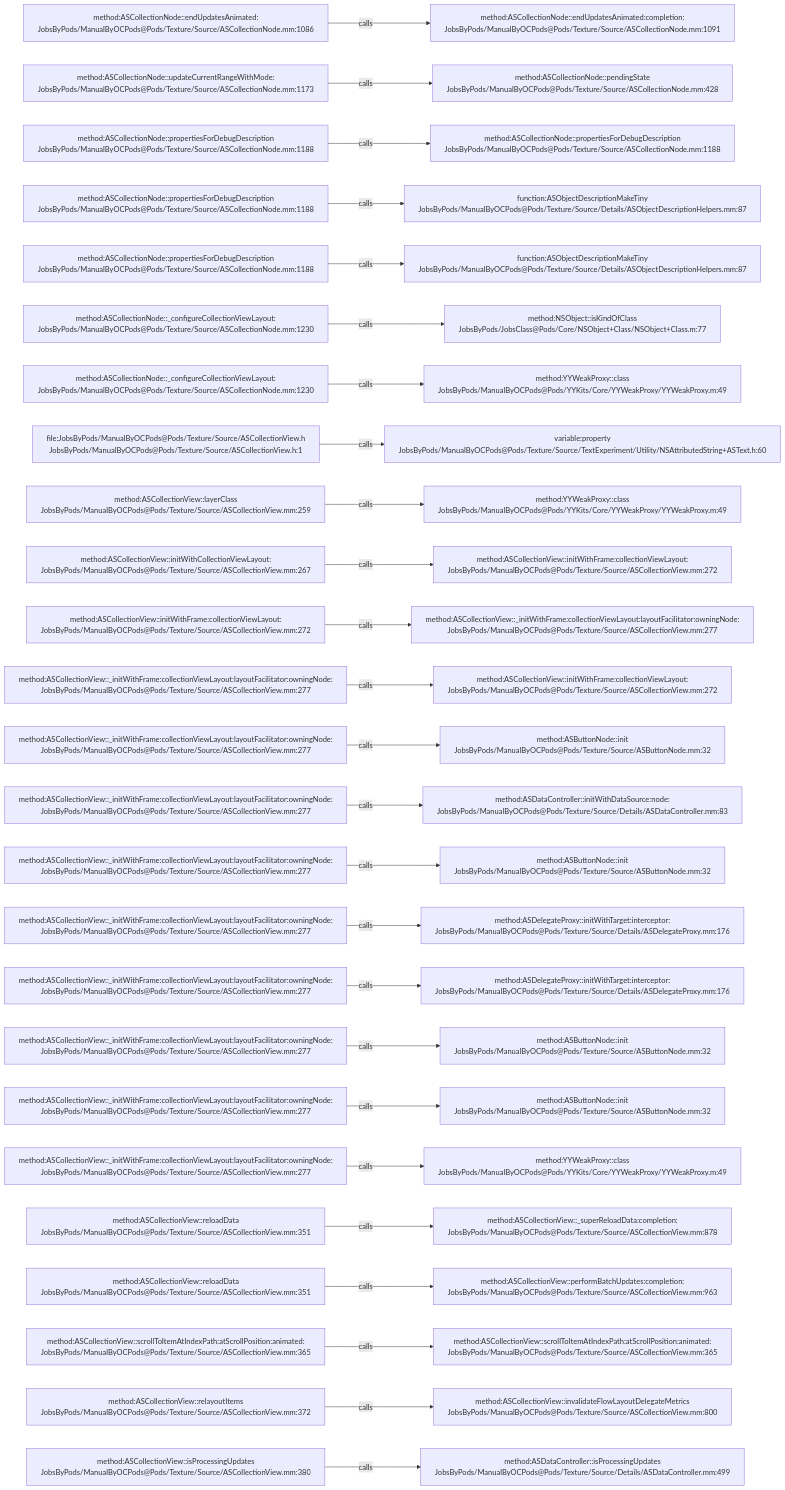
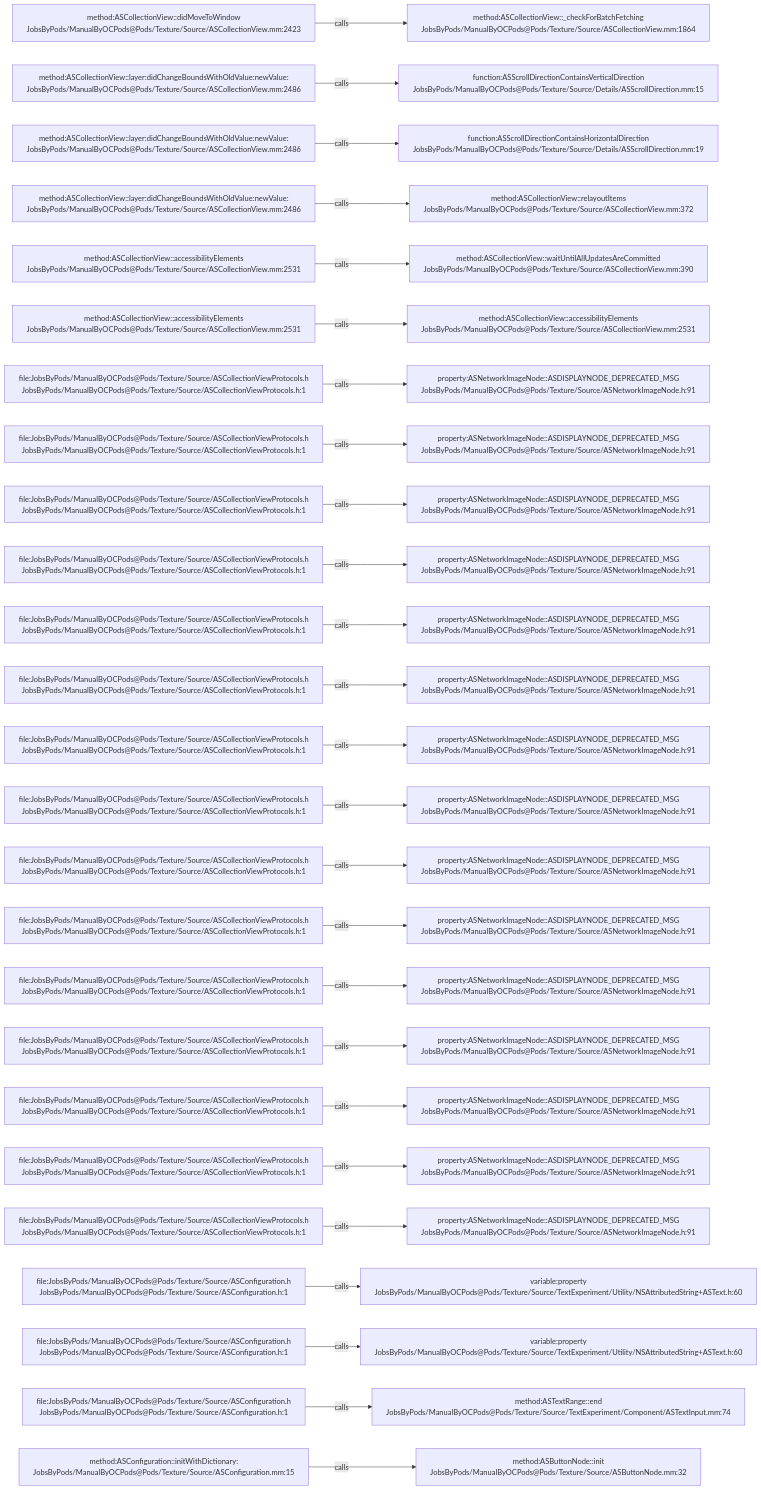
Before and after one commit to JobsKits/JobsOCBaseConfigDemo: the diagram in .codegraph/codegraph.md/graphs/calls-077.md, drawn with Mermaid. The commit also changed 1448 other files, not shown here.

````diff
--- a/.codegraph/codegraph.md/graphs/calls-077.md
+++ b/.codegraph/codegraph.md/graphs/calls-077.md
@@ -13,78 +13,78 @@
 ```mermaid
 flowchart LR
-  S1["method:ASCollectionNode::endUpdatesAnimated:<br/>JobsByPods/ManualByOCPods@Pods/Texture/Source/ASCollectionNode.mm:1086"]
-  T1["method:ASCollectionNode::endUpdatesAnimated:completion:<br/>JobsByPods/ManualByOCPods@Pods/Texture/Source/ASCollectionNode.mm:1091"]
+  S1["method:ASCollectionView::didMoveToWindow<br/>JobsByPods/ManualByOCPods@Pods/Texture/Source/ASCollectionView.mm:2423"]
+  T1["method:ASCollectionView::_checkForBatchFetching<br/>JobsByPods/ManualByOCPods@Pods/Texture/Source/ASCollectionView.mm:1864"]
   S1 -->|calls| T1
-  S2["method:ASCollectionNode::updateCurrentRangeWithMode:<br/>JobsByPods/ManualByOCPods@Pods/Texture/Source/ASCollectionNode.mm:1173"]
-  T2["method:ASCollectionNode::pendingState<br/>JobsByPods/ManualByOCPods@Pods/Texture/Source/ASCollectionNode.mm:428"]
+  S2["method:ASCollectionView::layer:didChangeBoundsWithOldValue:newValue:<br/>JobsByPods/ManualByOCPods@Pods/Texture/Source/ASCollectionView.mm:2486"]
+  T2["function:ASScrollDirectionContainsVerticalDirection<br/>JobsByPods/ManualByOCPods@Pods/Texture/Source/Details/ASScrollDirection.mm:15"]
   S2 -->|calls| T2
-  S3["method:ASCollectionNode::propertiesForDebugDescription<br/>JobsByPods/ManualByOCPods@Pods/Texture/Source/ASCollectionNode.mm:1188"]
-  T3["method:ASCollectionNode::propertiesForDebugDescription<br/>JobsByPods/ManualByOCPods@Pods/Texture/Source/ASCollectionNode.mm:1188"]
+  S3["method:ASCollectionView::layer:didChangeBoundsWithOldValue:newValue:<br/>JobsByPods/ManualByOCPods@Pods/Texture/Source/ASCollectionView.mm:2486"]
+  T3["function:ASScrollDirectionContainsHorizontalDirection<br/>JobsByPods/ManualByOCPods@Pods/Texture/Source/Details/ASScrollDirection.mm:19"]
   S3 -->|calls| T3
-  S4["method:ASCollectionNode::propertiesForDebugDescription<br/>JobsByPods/ManualByOCPods@Pods/Texture/Source/ASCollectionNode.mm:1188"]
-  T4["function:ASObjectDescriptionMakeTiny<br/>JobsByPods/ManualByOCPods@Pods/Texture/Source/Details/ASObjectDescriptionHelpers.mm:87"]
+  S4["method:ASCollectionView::layer:didChangeBoundsWithOldValue:newValue:<br/>JobsByPods/ManualByOCPods@Pods/Texture/Source/ASCollectionView.mm:2486"]
+  T4["method:ASCollectionView::relayoutItems<br/>JobsByPods/ManualByOCPods@Pods/Texture/Source/ASCollectionView.mm:372"]
   S4 -->|calls| T4
-  S5["method:ASCollectionNode::propertiesForDebugDescription<br/>JobsByPods/ManualByOCPods@Pods/Texture/Source/ASCollectionNode.mm:1188"]
-  T5["function:ASObjectDescriptionMakeTiny<br/>JobsByPods/ManualByOCPods@Pods/Texture/Source/Details/ASObjectDescriptionHelpers.mm:87"]
+  S5["method:ASCollectionView::accessibilityElements<br/>JobsByPods/ManualByOCPods@Pods/Texture/Source/ASCollectionView.mm:2531"]
+  T5["method:ASCollectionView::waitUntilAllUpdatesAreCommitted<br/>JobsByPods/ManualByOCPods@Pods/Texture/Source/ASCollectionView.mm:390"]
   S5 -->|calls| T5
-  S6["method:ASCollectionNode::_configureCollectionViewLayout:<br/>JobsByPods/ManualByOCPods@Pods/Texture/Source/ASCollectionNode.mm:1230"]
-  T6["method:NSObject::isKindOfClass<br/>JobsByPods/JobsClass@Pods/Core/NSObject+Class/NSObject+Class.m:77"]
+  S6["method:ASCollectionView::accessibilityElements<br/>JobsByPods/ManualByOCPods@Pods/Texture/Source/ASCollectionView.mm:2531"]
+  T6["method:ASCollectionView::accessibilityElements<br/>JobsByPods/ManualByOCPods@Pods/Texture/Source/ASCollectionView.mm:2531"]
   S6 -->|calls| T6
-  S7["method:ASCollectionNode::_configureCollectionViewLayout:<br/>JobsByPods/ManualByOCPods@Pods/Texture/Source/ASCollectionNode.mm:1230"]
-  T7["method:YYWeakProxy::class<br/>JobsByPods/ManualByOCPods@Pods/YYKits/Core/YYWeakProxy/YYWeakProxy.m:49"]
+  S7["file:JobsByPods/ManualByOCPods@Pods/Texture/Source/ASCollectionViewProtocols.h<br/>JobsByPods/ManualByOCPods@Pods/Texture/Source/ASCollectionViewProtocols.h:1"]
+  T7["property:ASNetworkImageNode::ASDISPLAYNODE_DEPRECATED_MSG<br/>JobsByPods/ManualByOCPods@Pods/Texture/Source/ASNetworkImageNode.h:91"]
   S7 -->|calls| T7
-  S8["file:JobsByPods/ManualByOCPods@Pods/Texture/Source/ASCollectionView.h<br/>JobsByPods/ManualByOCPods@Pods/Texture/Source/ASCollectionView.h:1"]
-  T8["variable:property<br/>JobsByPods/ManualByOCPods@Pods/Texture/Source/TextExperiment/Utility/NSAttributedString+ASText.h:60"]
+  S8["file:JobsByPods/ManualByOCPods@Pods/Texture/Source/ASCollectionViewProtocols.h<br/>JobsByPods/ManualByOCPods@Pods/Texture/Source/ASCollectionViewProtocols.h:1"]
+  T8["property:ASNetworkImageNode::ASDISPLAYNODE_DEPRECATED_MSG<br/>JobsByPods/ManualByOCPods@Pods/Texture/Source/ASNetworkImageNode.h:91"]
   S8 -->|calls| T8
-  S9["method:ASCollectionView::layerClass<br/>JobsByPods/ManualByOCPods@Pods/Texture/Source/ASCollectionView.mm:259"]
-  T9["method:YYWeakProxy::class<br/>JobsByPods/ManualByOCPods@Pods/YYKits/Core/YYWeakProxy/YYWeakProxy.m:49"]
+  S9["file:JobsByPods/ManualByOCPods@Pods/Texture/Source/ASCollectionViewProtocols.h<br/>JobsByPods/ManualByOCPods@Pods/Texture/Source/ASCollectionViewProtocols.h:1"]
+  T9["property:ASNetworkImageNode::ASDISPLAYNODE_DEPRECATED_MSG<br/>JobsByPods/ManualByOCPods@Pods/Texture/Source/ASNetworkImageNode.h:91"]
   S9 -->|calls| T9
-  S10["method:ASCollectionView::initWithCollectionViewLayout:<br/>JobsByPods/ManualByOCPods@Pods/Texture/Source/ASCollectionView.mm:267"]
-  T10["method:ASCollectionView::initWithFrame:collectionViewLayout:<br/>JobsByPods/ManualByOCPods@Pods/Texture/Source/ASCollectionView.mm:272"]
+  S10["file:JobsByPods/ManualByOCPods@Pods/Texture/Source/ASCollectionViewProtocols.h<br/>JobsByPods/ManualByOCPods@Pods/Texture/Source/ASCollectionViewProtocols.h:1"]
+  T10["property:ASNetworkImageNode::ASDISPLAYNODE_DEPRECATED_MSG<br/>JobsByPods/ManualByOCPods@Pods/Texture/Source/ASNetworkImageNode.h:91"]
   S10 -->|calls| T10
-  S11["method:ASCollectionView::initWithFrame:collectionViewLayout:<br/>JobsByPods/ManualByOCPods@Pods/Texture/Source/ASCollectionView.mm:272"]
-  T11["method:ASCollectionView::_initWithFrame:collectionViewLayout:layoutFacilitator:owningNode:<br/>JobsByPods/ManualByOCPods@Pods/Texture/Source/ASCollectionView.mm:277"]
+  S11["file:JobsByPods/ManualByOCPods@Pods/Texture/Source/ASCollectionViewProtocols.h<br/>JobsByPods/ManualByOCPods@Pods/Texture/Source/ASCollectionViewProtocols.h:1"]
+  T11["property:ASNetworkImageNode::ASDISPLAYNODE_DEPRECATED_MSG<br/>JobsByPods/ManualByOCPods@Pods/Texture/Source/ASNetworkImageNode.h:91"]
   S11 -->|calls| T11
-  S12["method:ASCollectionView::_initWithFrame:collectionViewLayout:layoutFacilitator:owningNode:<br/>JobsByPods/ManualByOCPods@Pods/Texture/Source/ASCollectionView.mm:277"]
-  T12["method:ASCollectionView::initWithFrame:collectionViewLayout:<br/>JobsByPods/ManualByOCPods@Pods/Texture/Source/ASCollectionView.mm:272"]
+  S12["file:JobsByPods/ManualByOCPods@Pods/Texture/Source/ASCollectionViewProtocols.h<br/>JobsByPods/ManualByOCPods@Pods/Texture/Source/ASCollectionViewProtocols.h:1"]
+  T12["property:ASNetworkImageNode::ASDISPLAYNODE_DEPRECATED_MSG<br/>JobsByPods/ManualByOCPods@Pods/Texture/Source/ASNetworkImageNode.h:91"]
   S12 -->|calls| T12
-  S13["method:ASCollectionView::_initWithFrame:collectionViewLayout:layoutFacilitator:owningNode:<br/>JobsByPods/ManualByOCPods@Pods/Texture/Source/ASCollectionView.mm:277"]
-  T13["method:ASButtonNode::init<br/>JobsByPods/ManualByOCPods@Pods/Texture/Source/ASButtonNode.mm:32"]
+  S13["file:JobsByPods/ManualByOCPods@Pods/Texture/Source/ASCollectionViewProtocols.h<br/>JobsByPods/ManualByOCPods@Pods/Texture/Source/ASCollectionViewProtocols.h:1"]
+  T13["property:ASNetworkImageNode::ASDISPLAYNODE_DEPRECATED_MSG<br/>JobsByPods/ManualByOCPods@Pods/Texture/Source/ASNetworkImageNode.h:91"]
   S13 -->|calls| T13
-  S14["method:ASCollectionView::_initWithFrame:collectionViewLayout:layoutFacilitator:owningNode:<br/>JobsByPods/ManualByOCPods@Pods/Texture/Source/ASCollectionView.mm:277"]
-  T14["method:ASDataController::initWithDataSource:node:<br/>JobsByPods/ManualByOCPods@Pods/Texture/Source/Details/ASDataController.mm:83"]
+  S14["file:JobsByPods/ManualByOCPods@Pods/Texture/Source/ASCollectionViewProtocols.h<br/>JobsByPods/ManualByOCPods@Pods/Texture/Source/ASCollectionViewProtocols.h:1"]
+  T14["property:ASNetworkImageNode::ASDISPLAYNODE_DEPRECATED_MSG<br/>JobsByPods/ManualByOCPods@Pods/Texture/Source/ASNetworkImageNode.h:91"]
   S14 -->|calls| T14
-  S15["method:ASCollectionView::_initWithFrame:collectionViewLayout:layoutFacilitator:owningNode:<br/>JobsByPods/ManualByOCPods@Pods/Texture/Source/ASCollectionView.mm:277"]
-  T15["method:ASButtonNode::init<br/>JobsByPods/ManualByOCPods@Pods/Texture/Source/ASButtonNode.mm:32"]
+  S15["file:JobsByPods/ManualByOCPods@Pods/Texture/Source/ASCollectionViewProtocols.h<br/>JobsByPods/ManualByOCPods@Pods/Texture/Source/ASCollectionViewProtocols.h:1"]
+  T15["property:ASNetworkImageNode::ASDISPLAYNODE_DEPRECATED_MSG<br/>JobsByPods/ManualByOCPods@Pods/Texture/Source/ASNetworkImageNode.h:91"]
   S15 -->|calls| T15
-  S16["method:ASCollectionView::_initWithFrame:collectionViewLayout:layoutFacilitator:owningNode:<br/>JobsByPods/ManualByOCPods@Pods/Texture/Source/ASCollectionView.mm:277"]
-  T16["method:ASDelegateProxy::initWithTarget:interceptor:<br/>JobsByPods/ManualByOCPods@Pods/Texture/Source/Details/ASDelegateProxy.mm:176"]
+  S16["file:JobsByPods/ManualByOCPods@Pods/Texture/Source/ASCollectionViewProtocols.h<br/>JobsByPods/ManualByOCPods@Pods/Texture/Source/ASCollectionViewProtocols.h:1"]
+  T16["property:ASNetworkImageNode::ASDISPLAYNODE_DEPRECATED_MSG<br/>JobsByPods/ManualByOCPods@Pods/Texture/Source/ASNetworkImageNode.h:91"]
   S16 -->|calls| T16
-  S17["method:ASCollectionView::_initWithFrame:collectionViewLayout:layoutFacilitator:owningNode:<br/>JobsByPods/ManualByOCPods@Pods/Texture/Source/ASCollectionView.mm:277"]
-  T17["method:ASDelegateProxy::initWithTarget:interceptor:<br/>JobsByPods/ManualByOCPods@Pods/Texture/Source/Details/ASDelegateProxy.mm:176"]
+  S17["file:JobsByPods/ManualByOCPods@Pods/Texture/Source/ASCollectionViewProtocols.h<br/>JobsByPods/ManualByOCPods@Pods/Texture/Source/ASCollectionViewProtocols.h:1"]
+  T17["property:ASNetworkImageNode::ASDISPLAYNODE_DEPRECATED_MSG<br/>JobsByPods/ManualByOCPods@Pods/Texture/Source/ASNetworkImageNode.h:91"]
   S17 -->|calls| T17
-  S18["method:ASCollectionView::_initWithFrame:collectionViewLayout:layoutFacilitator:owningNode:<br/>JobsByPods/ManualByOCPods@Pods/Texture/Source/ASCollectionView.mm:277"]
-  T18["method:ASButtonNode::init<br/>JobsByPods/ManualByOCPods@Pods/Texture/Source/ASButtonNode.mm:32"]
+  S18["file:JobsByPods/ManualByOCPods@Pods/Texture/Source/ASCollectionViewProtocols.h<br/>JobsByPods/ManualByOCPods@Pods/Texture/Source/ASCollectionViewProtocols.h:1"]
+  T18["property:ASNetworkImageNode::ASDISPLAYNODE_DEPRECATED_MSG<br/>JobsByPods/ManualByOCPods@Pods/Texture/Source/ASNetworkImageNode.h:91"]
   S18 -->|calls| T18
-  S19["method:ASCollectionView::_initWithFrame:collectionViewLayout:layoutFacilitator:owningNode:<br/>JobsByPods/ManualByOCPods@Pods/Texture/Source/ASCollectionView.mm:277"]
-  T19["method:ASButtonNode::init<br/>JobsByPods/ManualByOCPods@Pods/Texture/Source/ASButtonNode.mm:32"]
+  S19["file:JobsByPods/ManualByOCPods@Pods/Texture/Source/ASCollectionViewProtocols.h<br/>JobsByPods/ManualByOCPods@Pods/Texture/Source/ASCollectionViewProtocols.h:1"]
+  T19["property:ASNetworkImageNode::ASDISPLAYNODE_DEPRECATED_MSG<br/>JobsByPods/ManualByOCPods@Pods/Texture/Source/ASNetworkImageNode.h:91"]
   S19 -->|calls| T19
-  S20["method:ASCollectionView::_initWithFrame:collectionViewLayout:layoutFacilitator:owningNode:<br/>JobsByPods/ManualByOCPods@Pods/Texture/Source/ASCollectionView.mm:277"]
-  T20["method:YYWeakProxy::class<br/>JobsByPods/ManualByOCPods@Pods/YYKits/Core/YYWeakProxy/YYWeakProxy.m:49"]
+  S20["file:JobsByPods/ManualByOCPods@Pods/Texture/Source/ASCollectionViewProtocols.h<br/>JobsByPods/ManualByOCPods@Pods/Texture/Source/ASCollectionViewProtocols.h:1"]
+  T20["property:ASNetworkImageNode::ASDISPLAYNODE_DEPRECATED_MSG<br/>JobsByPods/ManualByOCPods@Pods/Texture/Source/ASNetworkImageNode.h:91"]
   S20 -->|calls| T20
-  S21["method:ASCollectionView::reloadData<br/>JobsByPods/ManualByOCPods@Pods/Texture/Source/ASCollectionView.mm:351"]
-  T21["method:ASCollectionView::_superReloadData:completion:<br/>JobsByPods/ManualByOCPods@Pods/Texture/Source/ASCollectionView.mm:878"]
+  S21["file:JobsByPods/ManualByOCPods@Pods/Texture/Source/ASCollectionViewProtocols.h<br/>JobsByPods/ManualByOCPods@Pods/Texture/Source/ASCollectionViewProtocols.h:1"]
+  T21["property:ASNetworkImageNode::ASDISPLAYNODE_DEPRECATED_MSG<br/>JobsByPods/ManualByOCPods@Pods/Texture/Source/ASNetworkImageNode.h:91"]
   S21 -->|calls| T21
-  S22["method:ASCollectionView::reloadData<br/>JobsByPods/ManualByOCPods@Pods/Texture/Source/ASCollectionView.mm:351"]
-  T22["method:ASCollectionView::performBatchUpdates:completion:<br/>JobsByPods/ManualByOCPods@Pods/Texture/Source/ASCollectionView.mm:963"]
+  S22["file:JobsByPods/ManualByOCPods@Pods/Texture/Source/ASConfiguration.h<br/>JobsByPods/ManualByOCPods@Pods/Texture/Source/ASConfiguration.h:1"]
+  T22["variable:property<br/>JobsByPods/ManualByOCPods@Pods/Texture/Source/TextExperiment/Utility/NSAttributedString+ASText.h:60"]
   S22 -->|calls| T22
-  S23["method:ASCollectionView::scrollToItemAtIndexPath:atScrollPosition:animated:<br/>JobsByPods/ManualByOCPods@Pods/Texture/Source/ASCollectionView.mm:365"]
-  T23["method:ASCollectionView::scrollToItemAtIndexPath:atScrollPosition:animated:<br/>JobsByPods/ManualByOCPods@Pods/Texture/Source/ASCollectionView.mm:365"]
+  S23["file:JobsByPods/ManualByOCPods@Pods/Texture/Source/ASConfiguration.h<br/>JobsByPods/ManualByOCPods@Pods/Texture/Source/ASConfiguration.h:1"]
+  T23["variable:property<br/>JobsByPods/ManualByOCPods@Pods/Texture/Source/TextExperiment/Utility/NSAttributedString+ASText.h:60"]
   S23 -->|calls| T23
-  S24["method:ASCollectionView::relayoutItems<br/>JobsByPods/ManualByOCPods@Pods/Texture/Source/ASCollectionView.mm:372"]
-  T24["method:ASCollectionView::invalidateFlowLayoutDelegateMetrics<br/>JobsByPods/ManualByOCPods@Pods/Texture/Source/ASCollectionView.mm:800"]
+  S24["file:JobsByPods/ManualByOCPods@Pods/Texture/Source/ASConfiguration.h<br/>JobsByPods/ManualByOCPods@Pods/Texture/Source/ASConfiguration.h:1"]
+  T24["method:ASTextRange::end<br/>JobsByPods/ManualByOCPods@Pods/Texture/Source/TextExperiment/Component/ASTextInput.mm:74"]
   S24 -->|calls| T24
-  S25["method:ASCollectionView::isProcessingUpdates<br/>JobsByPods/ManualByOCPods@Pods/Texture/Source/ASCollectionView.mm:380"]
-  T25["method:ASDataController::isProcessingUpdates<br/>JobsByPods/ManualByOCPods@Pods/Texture/Source/Details/ASDataController.mm:499"]
+  S25["method:ASConfiguration::initWithDictionary:<br/>JobsByPods/ManualByOCPods@Pods/Texture/Source/ASConfiguration.mm:15"]
+  T25["method:ASButtonNode::init<br/>JobsByPods/ManualByOCPods@Pods/Texture/Source/ASButtonNode.mm:32"]
   S25 -->|calls| T25
 ```
````
